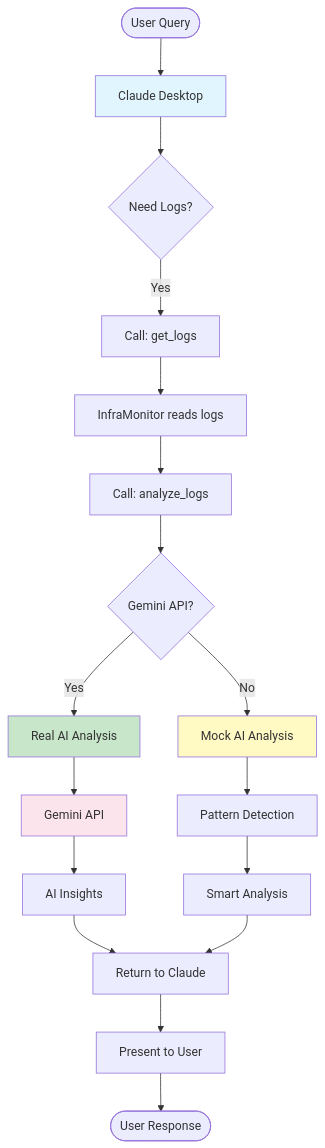
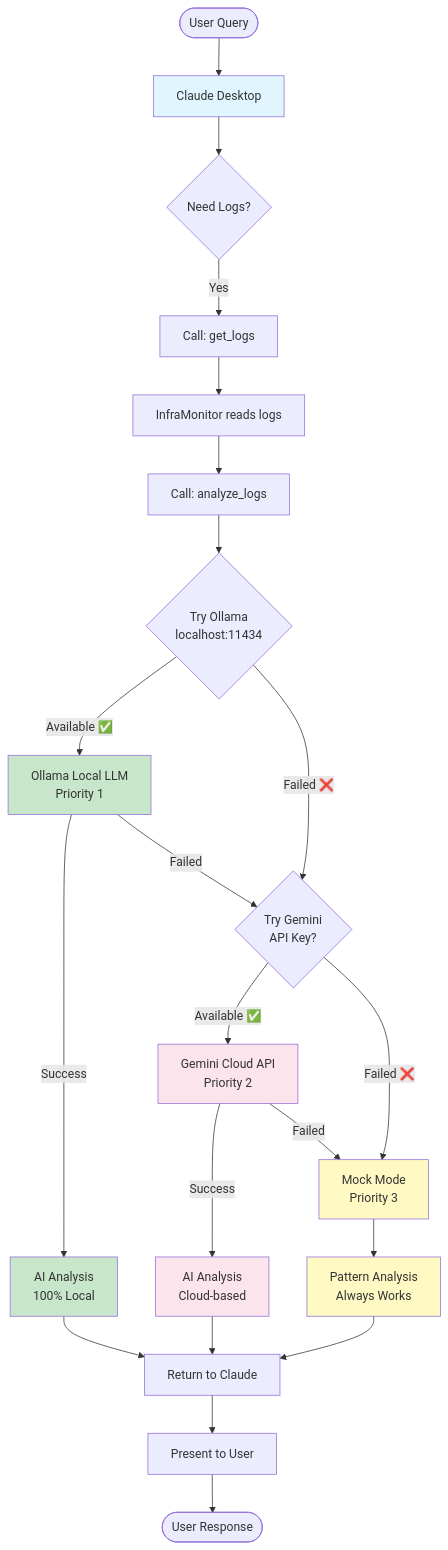
The fourth of 14 diagrams in docs/diagrams/architecture.md (shivkumarsah/InfraGPT-MCP), drawn with Mermaid before and after one commit. The commit also changed other lines of this file and 10 other files, not shown here.

````diff
--- a/docs/diagrams/architecture.md
+++ b/docs/diagrams/architecture.md
@@ -113,27 +137,39 @@
 ```mermaid
 flowchart TD
     START([User Query]) --> CLAUDE[Claude Desktop]
     CLAUDE --> DECIDE{Need Logs?}
     DECIDE -->|Yes| GETLOGS[Call: get_logs]
     GETLOGS --> READLOGS[InfraMonitor reads logs]
     READLOGS --> ANALYZE[Call: analyze_logs]
     
-    ANALYZE --> CHECKAPI{Gemini API?}
-    CHECKAPI -->|Yes| REALAI[Real AI Analysis]
-    CHECKAPI -->|No| MOCKAI[Mock AI Analysis]
+    ANALYZE --> TRY_OLLAMA{Try Ollama<br/>localhost:11434}
     
-    REALAI --> GEMINI[Gemini API]
-    GEMINI --> RESULT1[AI Insights]
-    MOCKAI --> PATTERN[Pattern Detection]
-    PATTERN --> RESULT2[Smart Analysis]
+    TRY_OLLAMA -->|Available ✅| OLLAMA[Ollama Local LLM<br/>Priority 1]
+    TRY_OLLAMA -->|Failed ❌| TRY_GEMINI{Try Gemini<br/>API Key?}
     
-    RESULT1 --> RETURN[Return to Claude]
-    RESULT2 --> RETURN
+    OLLAMA -->|Success| RESULT_OLLAMA[AI Analysis<br/>100% Local]
+    OLLAMA -->|Failed| TRY_GEMINI
+    
+    TRY_GEMINI -->|Available ✅| GEMINI[Gemini Cloud API<br/>Priority 2]
+    TRY_GEMINI -->|Failed ❌| MOCK
+    
+    GEMINI -->|Success| RESULT_GEMINI[AI Analysis<br/>Cloud-based]
+    GEMINI -->|Failed| MOCK[Mock Mode<br/>Priority 3]
+    
+    MOCK --> RESULT_MOCK[Pattern Analysis<br/>Always Works]
+    
+    RESULT_OLLAMA --> RETURN[Return to Claude]
+    RESULT_GEMINI --> RETURN
+    RESULT_MOCK --> RETURN
+    
     RETURN --> PRESENT[Present to User]
     PRESENT --> END([User Response])
     
     style CLAUDE fill:#e1f5ff
-    style REALAI fill:#c8e6c9
-    style MOCKAI fill:#fff9c4
+    style OLLAMA fill:#c8e6c9
     style GEMINI fill:#fce4ec
+    style MOCK fill:#fff9c4
+    style RESULT_OLLAMA fill:#c8e6c9
+    style RESULT_GEMINI fill:#fce4ec
+    style RESULT_MOCK fill:#fff9c4
 ```
````
